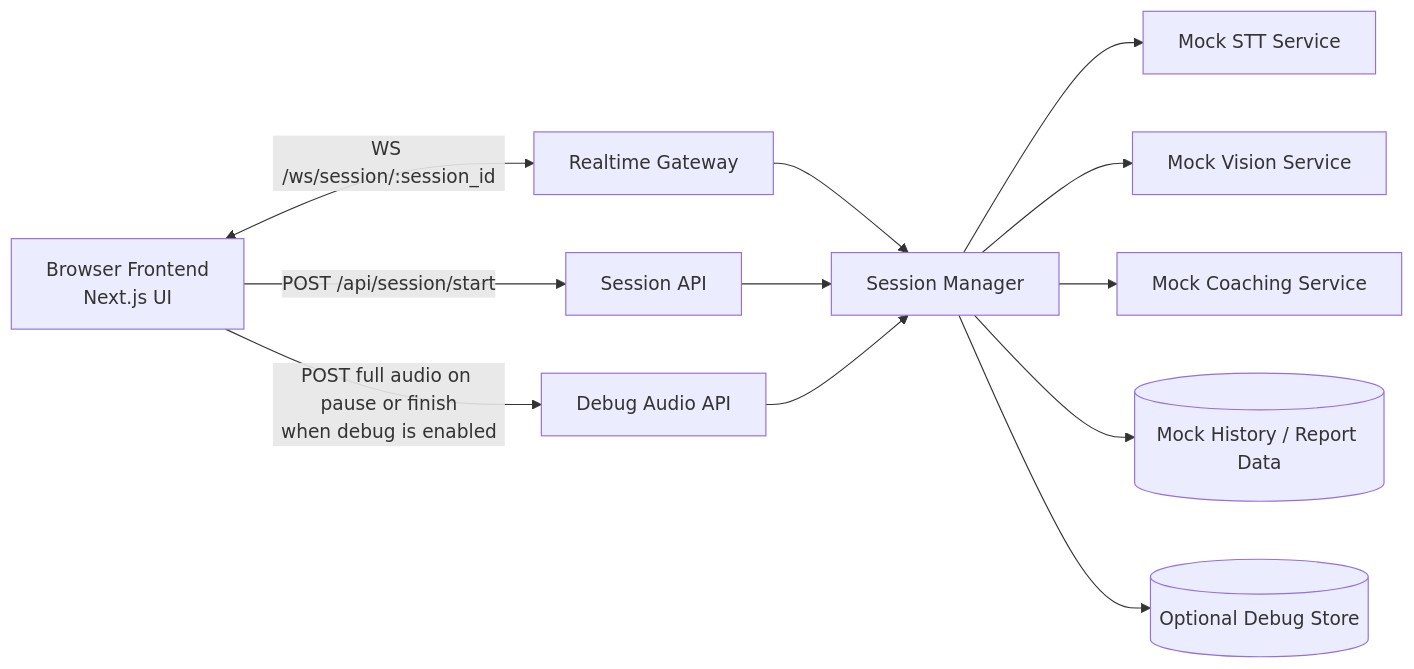
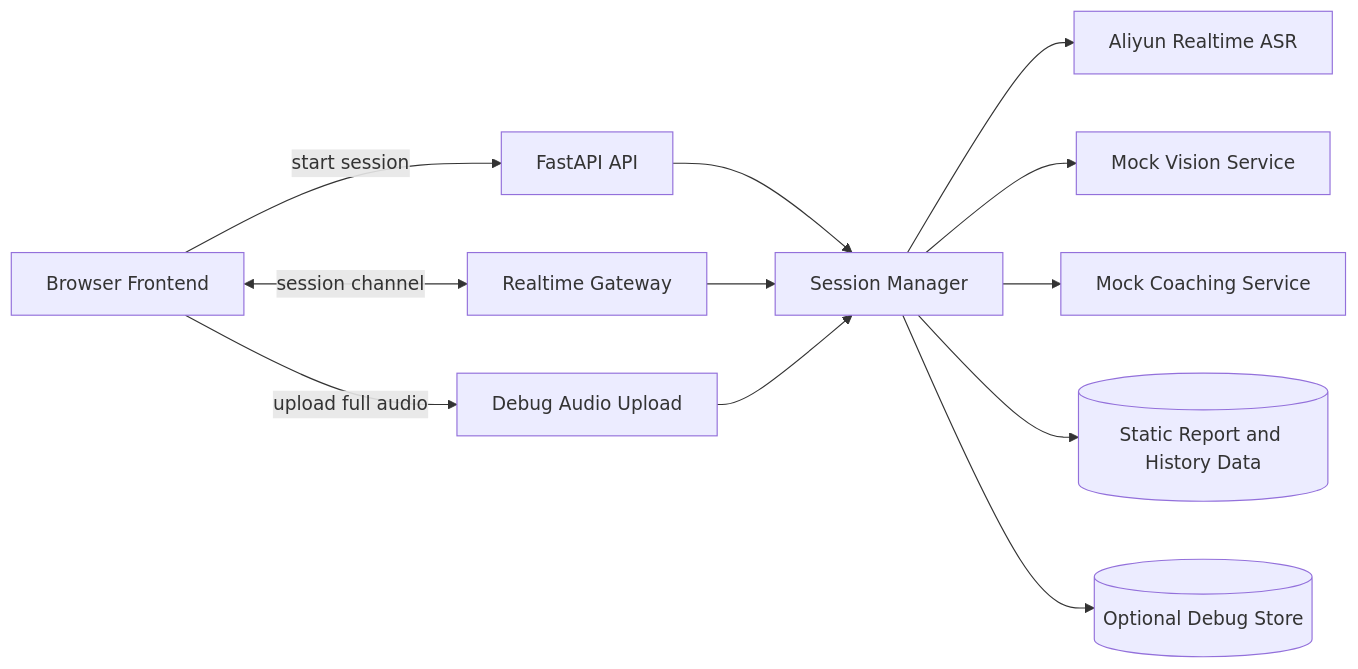
One commit to Nigel-yuan/speak_up changed the diagram in backend/REALTIME_ARCHITECTURE.md. Above: the diagram before and after it, drawn with Mermaid. The commit also changed other lines of this file and 18 other files, not shown here.

````diff
--- a/backend/REALTIME_ARCHITECTURE.md
+++ b/backend/REALTIME_ARCHITECTURE.md
@@ -56,16 +43,16 @@
 ```mermaid
 flowchart LR
-    A[Browser Frontend\nNext.js UI] -->|POST /api/session/start| B[Session API]
-    A <-->|WS /ws/session/:session_id| C[Realtime Gateway]
-    A -->|POST full audio on pause or finish\nwhen debug is enabled| D[Debug Audio API]
+    A[Browser Frontend] -->|start session| B[FastAPI API]
+    A <-->|session channel| C[Realtime Gateway]
+    A -->|upload full audio| D[Debug Audio Upload]
 
-    C --> E[Session Manager]
-    B --> E
+    B --> E[Session Manager]
+    C --> E
     D --> E
 
-    E --> F[Mock STT Service]
+    E --> F[Aliyun Realtime ASR]
     E --> G[Mock Vision Service]
     E --> H[Mock Coaching Service]
-    E --> I[(Mock History / Report Data)]
+    E --> I[(Static Report and History Data)]
     E --> J[(Optional Debug Store)]
 ```
````
